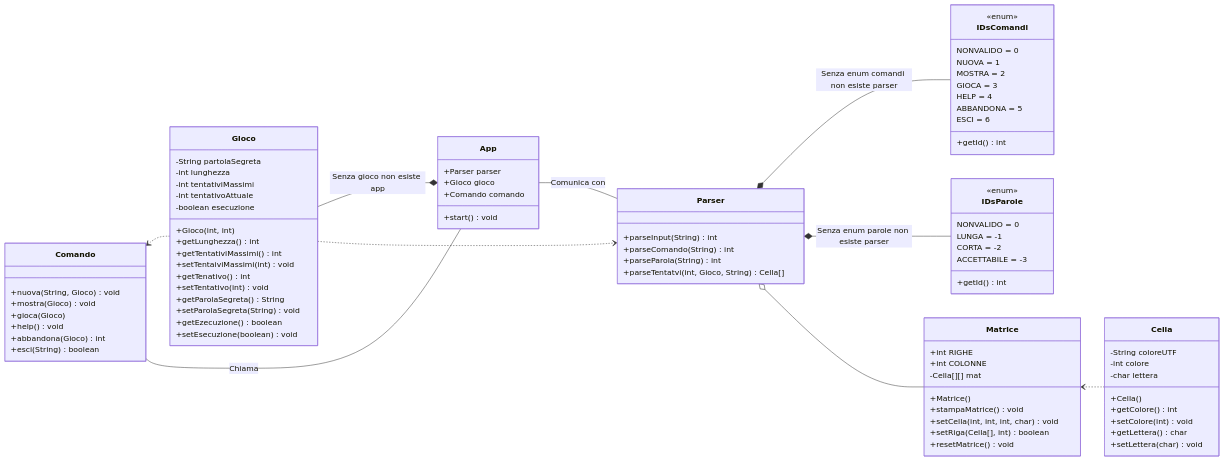
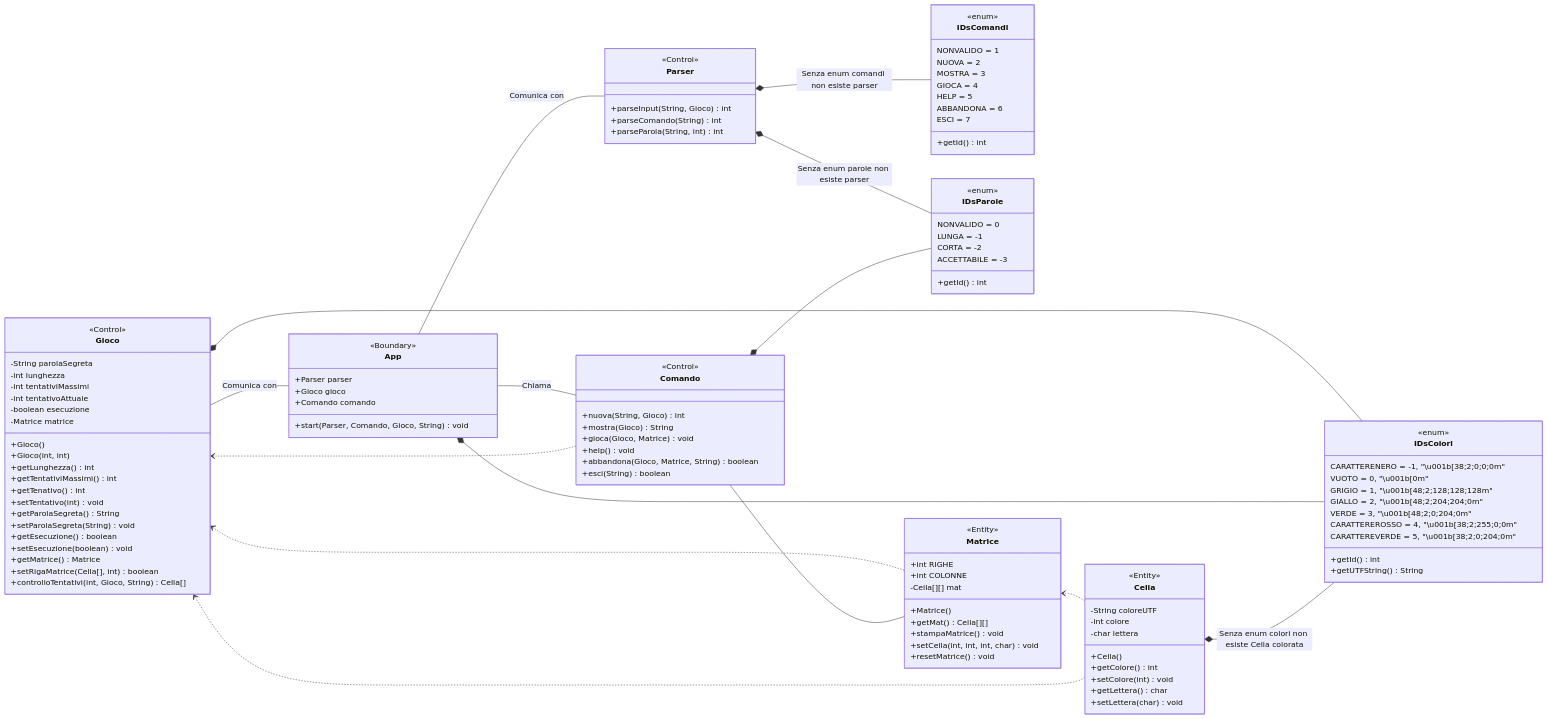
One commit to softeng2122-inf-uniba/progetto2122-pearl changed the first of 8 diagrams in docs/Report.md. Above: the diagram before and after it, drawn with Mermaid. The commit also changed other lines of this file, not shown here.

Commit message:
Aggiornato il file report.md dopo i restyling e le aggiunte di codice

```diff
--- a/docs/Report.md
+++ b/docs/Report.md
@@ -24,13 +24,13 @@
 classDiagram 
 class IDsComandi {
     <<enum>>
-    NONVALIDO = 0
-    NUOVA = 1
-    MOSTRA = 2
-    GIOCA = 3
-    HELP = 4
-    ABBANDONA = 5
-    ESCI = 6
+    NONVALIDO = 1
+    NUOVA = 2
+    MOSTRA = 3
+    GIOCA = 4
+    HELP = 5
+    ABBANDONA = 6
+    ESCI = 7
     +getId() int
 }
 
@@ -43,23 +43,38 @@
     +getId() int
 }
 
+class IDsColori {
+    <<enum>>
+    CARATTERENERO = -1, "\u001b[38;2;0;0;0m"
+    VUOTO = 0, "\u001b[0m"
+    GRIGIO = 1, "\u001b[48;2;128;128;128m"
+    GIALLO = 2, "\u001b[48;2;204;204;0m"
+    VERDE = 3, "\u001b[48;2;0;204;0m"
+    CARATTEREROSSO = 4, "\u001b[38;2;255;0;0m"
+    CARATTEREVERDE = 5, "\u001b[38;2;0;204;0m"
+    +getId() int
+    +getUTFString() String
+}
+
 class Comando {
-    +nuova(String, Gioco) void
-    +mostra(Gioco) void
-    +gioca(Gioco) 
+    <<Control>>
+    +nuova(String, Gioco) int
+    +mostra(Gioco) String
+    +gioca(Gioco, Matrice) void 
     +help() void
-    +abbandona(Gioco) int
-    +esci(String) boolean 
+    +abbandona(Gioco, Matrice, String) boolean
+    +esci(String) boolean
 }
 
 class Parser {
-    +parseInput(String) int
+    <<Control>>
+    +parseInput(String, Gioco) int
     +parseComando(String) int
-    +parseParola(String) int 
-    +parseTentatvi(int, Gioco, String) Cella[]
+    +parseParola(String, int) int 
 }
 
 class Cella {
+    <<Entity>>
     -String coloreUTF
     -int colore
     -char lettera
@@ -71,50 +86,62 @@
 }
 
 class Matrice {
+    <<Entity>>
     +int RIGHE
     +int COLONNE
     -Cella[][] mat
     +Matrice()
+    +getMat() Cella[][]
     +stampaMatrice() void
     +setCella(int, int, int, char) void
-    +setRiga(Cella[], int) boolean
     +resetMatrice() void
 }
 
 class Gioco {
-    -String partolaSegreta
+    <<Control>>
+    -String parolaSegreta
     -int lunghezza
     -int tentativiMassimi
     -int tentativoAttuale
     -boolean esecuzione
+    -Matrice matrice
+    +Gioco()
     +Gioco(int, int)
     +getLunghezza() int
     +getTentativiMassimi() int
-    +setTentaiviMassimi(int) void
     +getTenativo() int
     +setTentativo(int) void
     +getParolaSegreta() String
     +setParolaSegreta(String) void
-    +getEzecuzione() boolean
+    +getEsecuzione() boolean
     +setEsecuzione(boolean) void
+    +getMatrice() Matrice
+    +setRigaMatrice(Cella[], int) boolean
+    +controlloTentativi(int, Gioco, String) Cella[]
 }
 
-class App  {
+class App {
+    <<Boundary>>
     +Parser parser
     +Gioco gioco
     +Comando comando
-    +start() void
+    +start(Parser, Comando, Gioco, String) void
 }
 
 IDsComandi --* Parser : Senza enum comandi non esiste parser
 IDsParole --* Parser : Senza enum parole non esiste parser
+IDsParole --* Comando
+IDsColori --* Gioco
+IDsColori --* App
+IDsColori --* Cella : Senza enum colori non esiste Cella colorata
 Cella ..> Matrice
+Cella ..> Gioco
 Parser -- App : Comunica con
 Comando -- App : Chiama
-Matrice --o Parser
-App *-- Gioco : Senza gioco non esiste app
-Gioco ..> Parser
-Gioco ..> Comando
+Comando ..> Gioco
+App -- Gioco : Comunica con
+Matrice ..> Gioco
+Matrice -- Comando
 
 
 direction RL
```
